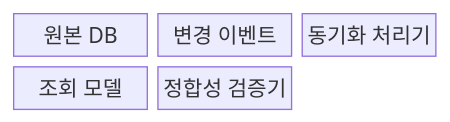
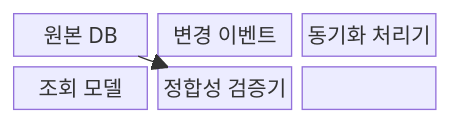
The first of 2 diagrams in src/content/docs/notes/03-software/090_denormalization.md (agnusdei1207/knowledge-base), drawn with Mermaid before and after one commit. The commit also changed other lines of this file and 20 other files, not shown here.

````diff
--- a/src/content/docs/notes/03-software/090_denormalization.md
+++ b/src/content/docs/notes/03-software/090_denormalization.md
@@ -53,9 +61,11 @@
 ```mermaid
-block-beta
+block
   columns 3
   DB["원본 DB"]
   E["변경 이벤트"]
   S["동기화 처리기"]
   R["조회 모델"]
   V["정합성 검증기"]
+  DB --> E --> S --> R --> V
+  DB --> V
 ```
````
